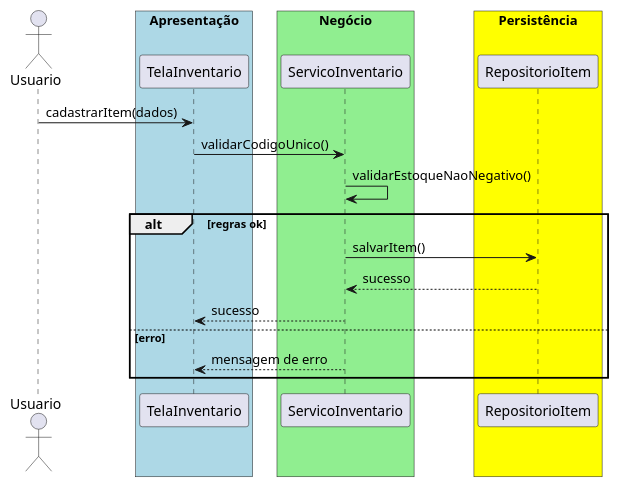
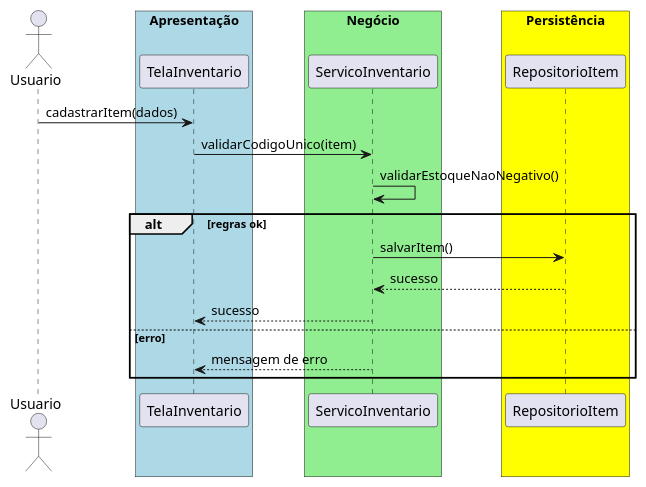
One commit to 20261-ifba-saj-ads-poo/blog changed the diagram in src/trabalhos/Trabalho27.md. Above: the diagram before and after it, drawn with PlantUML. The commit also changed other lines of this file and 35 other files, not shown here.

````diff
--- a/src/trabalhos/Trabalho27.md
+++ b/src/trabalhos/Trabalho27.md
@@ -28,24 +28,24 @@
-```plantuml
+```plantuml{kroki=true}
 @startuml
 actor Usuario
 box "Apresentação" #lightblue
     participant TelaInventario
 end box
 box "Negócio" #lightgreen
     participant ServicoInventario
 end box
 box "Persistência" #yellow
     participant RepositorioItem
 end box
 Usuario -> TelaInventario : cadastrarItem(dados)
-TelaInventario -> ServicoInventario : validarCodigoUnico()
+TelaInventario -> ServicoInventario : validarCodigoUnico(item)
 ServicoInventario -> ServicoInventario : validarEstoqueNaoNegativo()
 alt regras ok
     ServicoInventario -> RepositorioItem : salvarItem()
     RepositorioItem --> ServicoInventario : sucesso
     ServicoInventario --> TelaInventario : sucesso
 else erro
     ServicoInventario --> TelaInventario : mensagem de erro
 end
 @enduml
 ```
````
